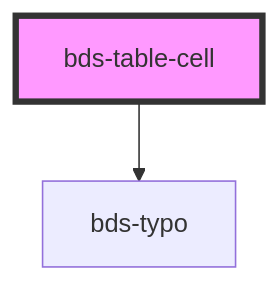
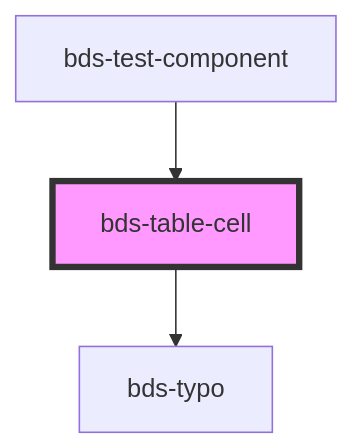
One commit to takenet/blip-ds changed the diagram in src/components/table/table-cell/readme.md. Above: the diagram before and after it, drawn with Mermaid. The commit also changed other lines of this file and 17 other files, not shown here.

````diff
--- a/src/components/table/table-cell/readme.md
+++ b/src/components/table/table-cell/readme.md
@@ -23,5 +27,6 @@
 ```mermaid
 graph TD;
   bds-table-cell --> bds-typo
+  bds-test-component --> bds-table-cell
   style bds-table-cell fill:#f9f,stroke:#333,stroke-width:4px
 ```
````
